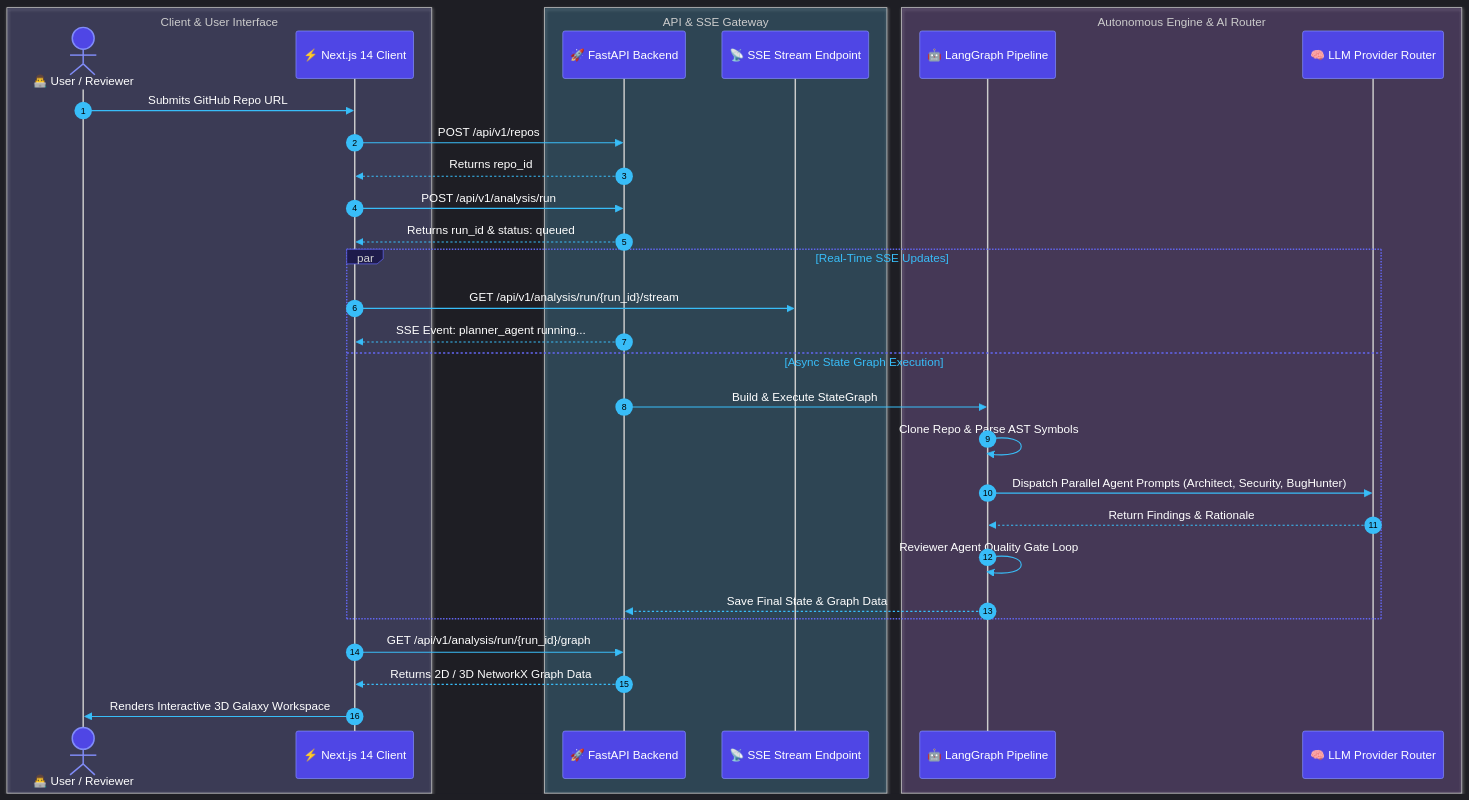
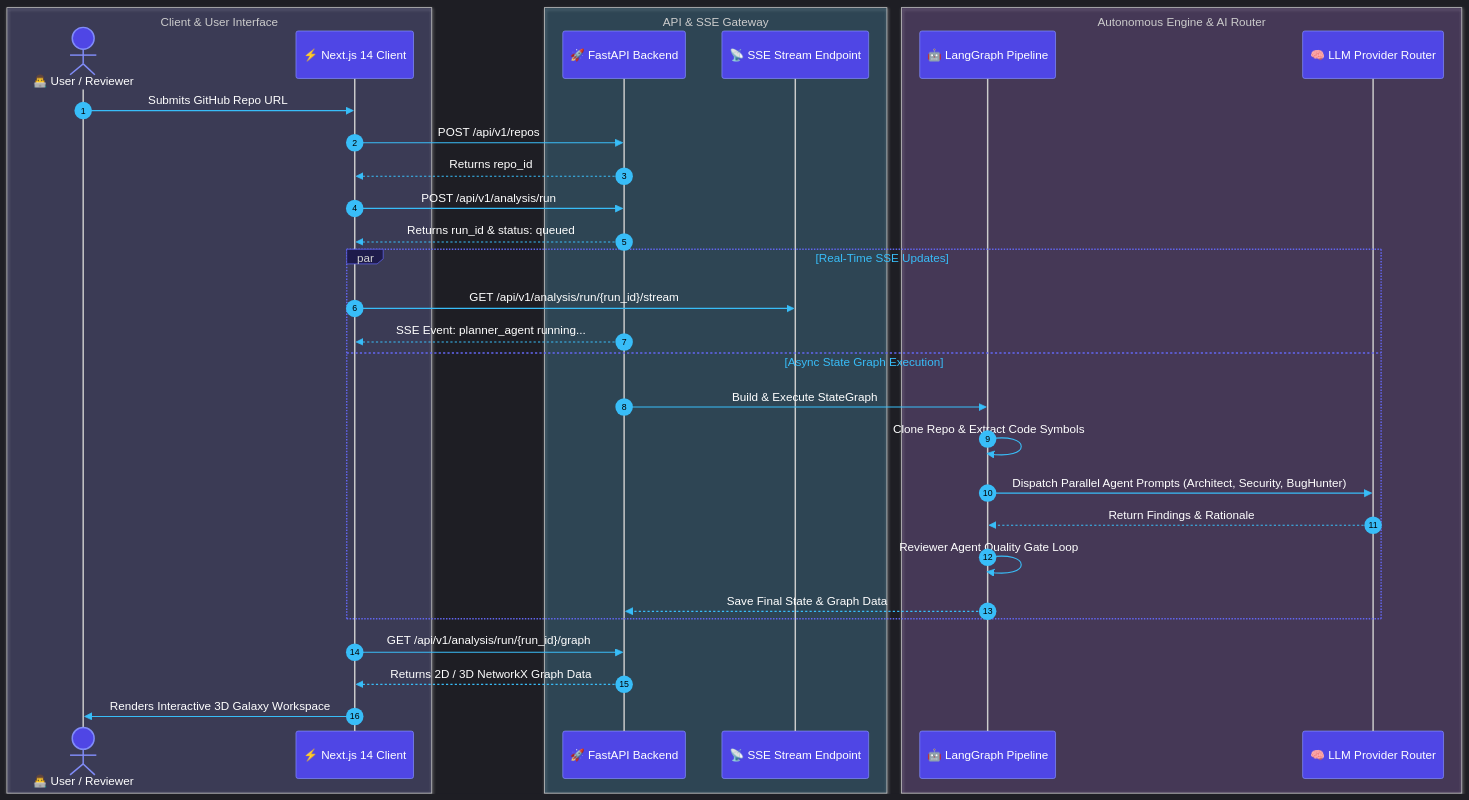
One commit to himanshu-jadhav108/RepoMind-AI changed the third of 4 diagrams in README.md. Above: the diagram before and after it, drawn with Mermaid. The commit also changed other lines of this file and 3 other files, not shown here.

Commit message:
docs: add setup guide, agent definitions, and system architecture documentation

````diff
--- a/README.md
+++ b/README.md
@@ -327,56 +327,56 @@
 ```mermaid
 %%{init: {
   'theme': 'dark',
   'themeVariables': {
     'actorBkg': '#4f46e5',
     'actorBorder': '#818cf8',
     'actorTextColor': '#ffffff',
     'signalColor': '#38bdf8',
     'signalTextColor': '#ffffff',
     'labelBoxBkgColor': '#1e1b4b',
     'labelBoxBorderColor': '#6366f1',
     'loopTextColor': '#38bdf8',
     'noteBorderColor': '#f59e0b',
     'noteBkgColor': '#78350f',
     'activationBkgColor': '#4338ca'
   }
 }}%%
 sequenceDiagram
     autonumber
     box rgba(99, 102, 241, 0.15) Client & User Interface
     actor Developer as 👨‍💻 User / Reviewer
     participant NextJS as ⚡ Next.js 14 Client
     end
 
     box rgba(14, 165, 233, 0.15) API & SSE Gateway
     participant FastAPI as 🚀 FastAPI Backend
     participant SSE as 📡 SSE Stream Endpoint
     end
 
     box rgba(168, 85, 247, 0.15) Autonomous Engine & AI Router
     participant LangGraph as 🤖 LangGraph Pipeline
     participant LLM as 🧠 LLM Provider Router
     end
 
     Developer->>NextJS: Submits GitHub Repo URL
     NextJS->>FastAPI: POST /api/v1/repos
     FastAPI-->>NextJS: Returns repo_id
     NextJS->>FastAPI: POST /api/v1/analysis/run
     FastAPI-->>NextJS: Returns run_id & status: queued
 
     par Real-Time SSE Updates
         NextJS->>SSE: GET /api/v1/analysis/run/{run_id}/stream
         FastAPI-->>NextJS: SSE Event: planner_agent running...
     and Async State Graph Execution
         FastAPI->>LangGraph: Build & Execute StateGraph
-        LangGraph->>LangGraph: Clone Repo & Parse AST Symbols
+        LangGraph->>LangGraph: Clone Repo & Extract Code Symbols
         LangGraph->>LLM: Dispatch Parallel Agent Prompts (Architect, Security, BugHunter)
         LLM-->>LangGraph: Return Findings & Rationale
         LangGraph->>LangGraph: Reviewer Agent Quality Gate Loop
         LangGraph-->>FastAPI: Save Final State & Graph Data
     end
 
     NextJS->>FastAPI: GET /api/v1/analysis/run/{run_id}/graph
     FastAPI-->>NextJS: Returns 2D / 3D NetworkX Graph Data
     NextJS->>Developer: Renders Interactive 3D Galaxy Workspace
 ```
````
